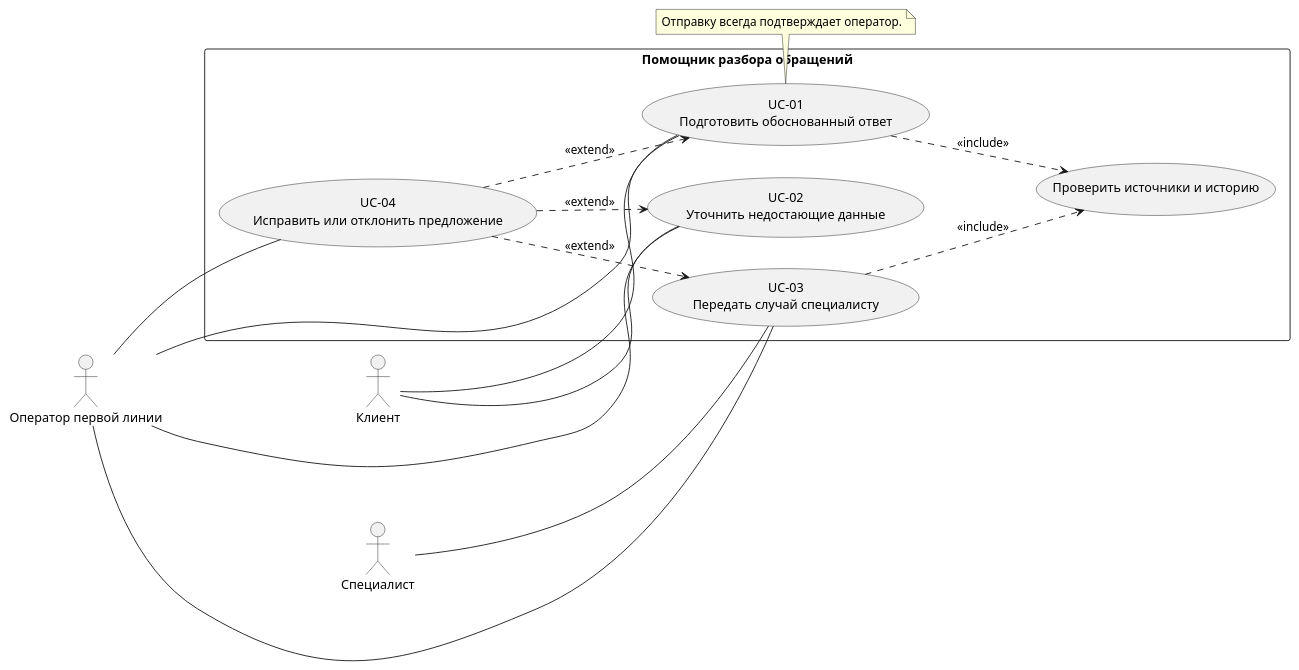
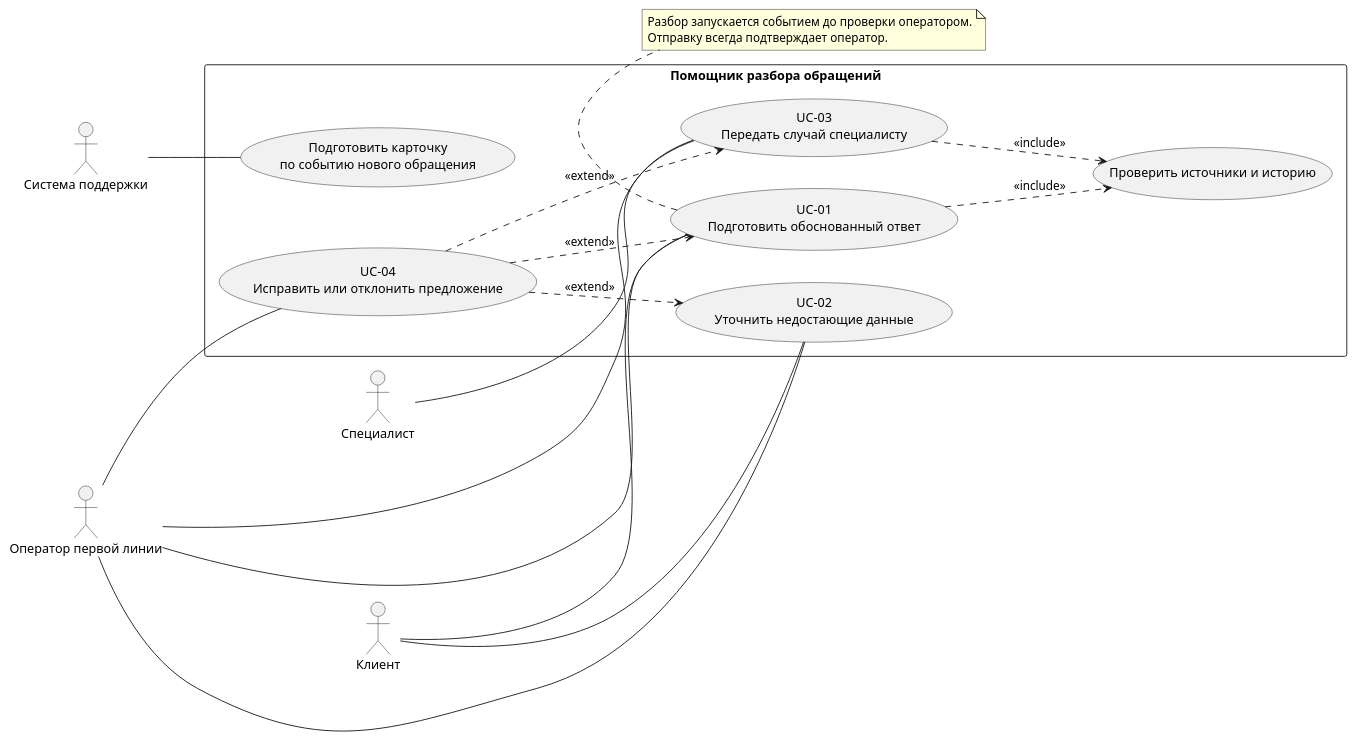
The diagram in docs/use-cases/use-cases.puml (vstu-sii/razbor-obrascheniy-v-podderzhku-rh5e), drawn with PlantUML before and after one commit. The commit also changed 8 other files, not shown here.

```diff
--- a/docs/use-cases/use-cases.puml
+++ b/docs/use-cases/use-cases.puml
@@ -1,28 +1,32 @@
 @startuml
 left to right direction
 actor "Оператор первой линии" as Operator
 actor "Специалист" as Specialist
 actor "Клиент" as Customer
+actor "Система поддержки" as Helpdesk
 rectangle "Помощник разбора обращений" {
+  usecase "Подготовить карточку\nпо событию нового обращения" as AutoAnalyze
   usecase "UC-01\nПодготовить обоснованный ответ" as UC01
   usecase "UC-02\nУточнить недостающие данные" as UC02
   usecase "UC-03\nПередать случай специалисту" as UC03
   usecase "UC-04\nИсправить или отклонить предложение" as UC04
   usecase "Проверить источники и историю" as Verify
 }
 Operator -- UC01
 Operator -- UC02
 Operator -- UC03
 Operator -- UC04
 Specialist -- UC03
 Customer -- UC01
 Customer -- UC02
+Helpdesk -- AutoAnalyze
 UC01 ..> Verify : <<include>>
 UC03 ..> Verify : <<include>>
 UC04 ..> UC01 : <<extend>>
 UC04 ..> UC02 : <<extend>>
 UC04 ..> UC03 : <<extend>>
 note bottom of UC01
+  Разбор запускается событием до проверки оператором.
   Отправку всегда подтверждает оператор.
 end note
 @enduml
```
